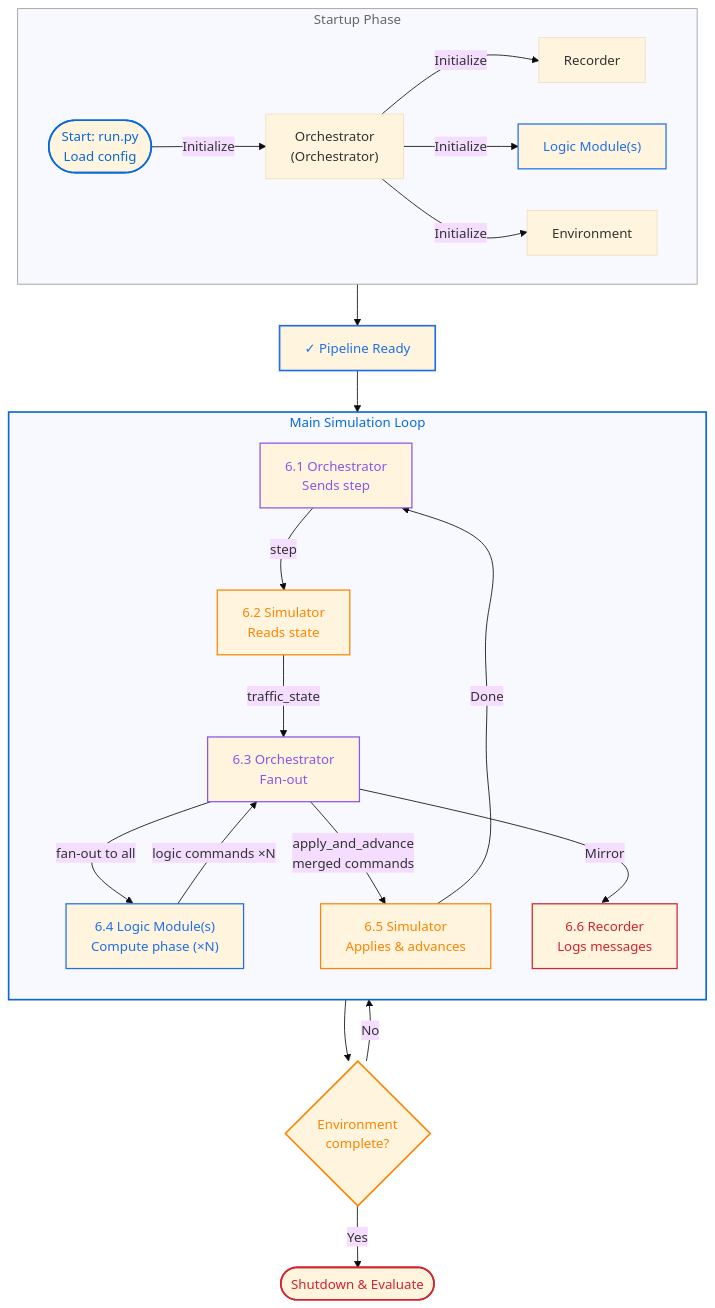
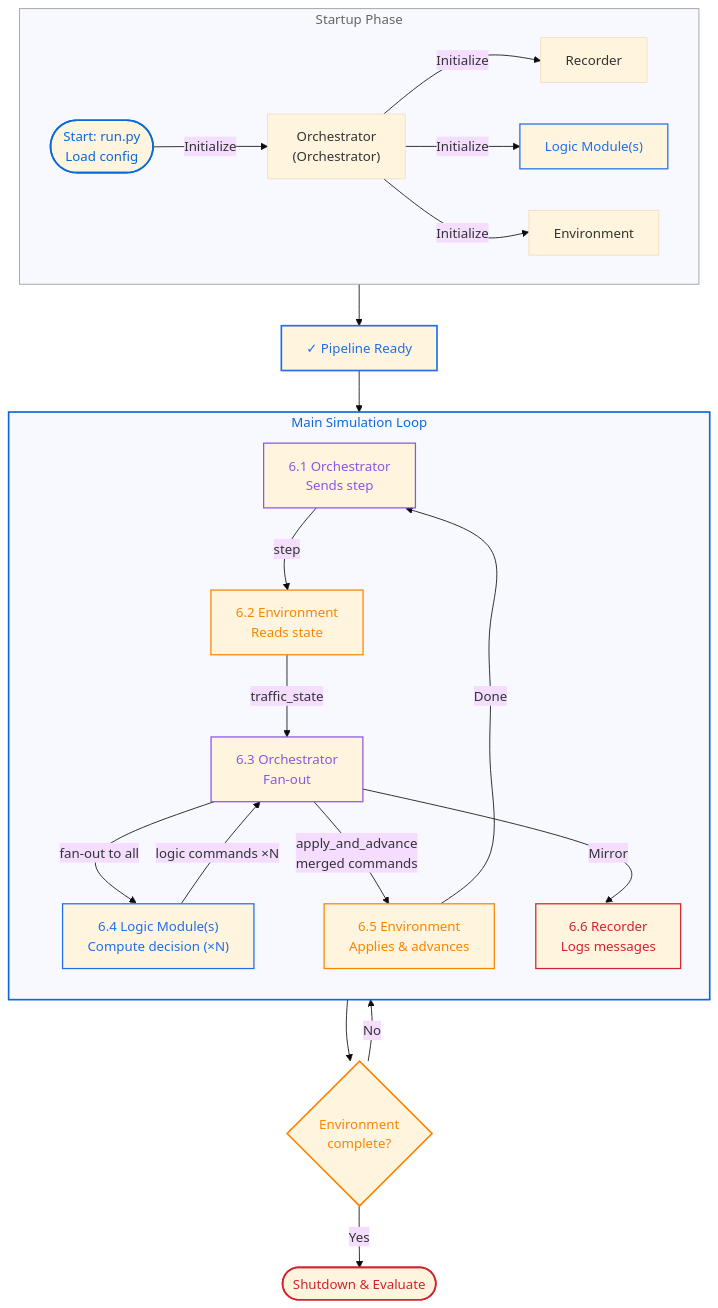
The second of 2 diagrams in README.md (ivt-baug-ethz/fedora_platform), drawn with Mermaid before and after one commit. The commit also changed other lines of this file and 8 other files, not shown here.

````diff
--- a/README.md
+++ b/README.md
@@ -171,54 +171,54 @@
 ```mermaid
 %%{init: {'flowchart': {'curve': 'natural'}, 'theme': 'base'}}%%
 graph TB
     Start(["Start: run.py<br/>Load config"])
 
     subgraph startup["Startup Phase"]
         direction LR
         Start -->|Initialize| Con["Orchestrator<br/>(Orchestrator)"]
         Con -->|Initialize| Rec["Recorder"]
         Con -->|Initialize| LMs["Logic Module(s)"]
         Con -->|Initialize| Sim["Environment"]
     end
 
     startup --> Ready["✓ Pipeline Ready"]
 
     subgraph loop["Main Simulation Loop"]
         direction TB
         Con0["6.1 Orchestrator<br/>Sends step"]
-        Sim1["6.2 Simulator<br/>Reads state"]
+        Sim1["6.2 Environment<br/>Reads state"]
         Con1["6.3 Orchestrator<br/>Fan-out"]
-        LM1["6.4 Logic Module(s)<br/>Compute phase (×N)"]
-        Sim2["6.5 Simulator<br/>Applies & advances"]
+        LM1["6.4 Logic Module(s)<br/>Compute decision (×N)"]
+        Sim2["6.5 Environment<br/>Applies & advances"]
         Rec1["6.6 Recorder<br/>Logs messages"]
 
         Con0 -->|step| Sim1
         Sim1 -->|traffic_state| Con1
         Con1 -->|fan-out to all| LM1
         LM1 -->|logic commands ×N| Con1
         Con1 -->|apply_and_advance<br/>merged commands| Sim2
         Con1 -->|Mirror| Rec1
         Sim2 -->|Done| Con0
     end
 
     Ready --> loop
     Sim2 --> Check{Environment<br/>complete?}
 
     Check -->|No| Con0
     Check -->|Yes| End(["Shutdown & Evaluate"])
 
     %% Styling: no fill, colors adapt to theme
     style Start stroke:#0969da,stroke-width:2px,color:#0969da
     style Ready stroke:#1f6feb,stroke-width:2px,color:#1f6feb
     style Con0 stroke:#8957e5,stroke-width:1.5px,color:#8957e5
     style Sim1 stroke:#fb8500,stroke-width:1.5px,color:#fb8500
     style Sim2 stroke:#fb8500,stroke-width:1.5px,color:#fb8500
     style Con1 stroke:#8957e5,stroke-width:1.5px,color:#8957e5
     style LM1 stroke:#1f6feb,stroke-width:1.5px,color:#1f6feb
     style LMs stroke:#1f6feb,stroke-width:1.5px,color:#1f6feb
     style Rec1 stroke:#d1242f,stroke-width:1.5px,color:#d1242f
     style Check stroke:#fb8500,stroke-width:2px,color:#fb8500
     style End stroke:#d1242f,stroke-width:2px,color:#d1242f
     style startup stroke:#999,stroke-width:1px,color:#666
     style loop stroke:#0969da,stroke-width:2px,color:#0969da
 ```
````
